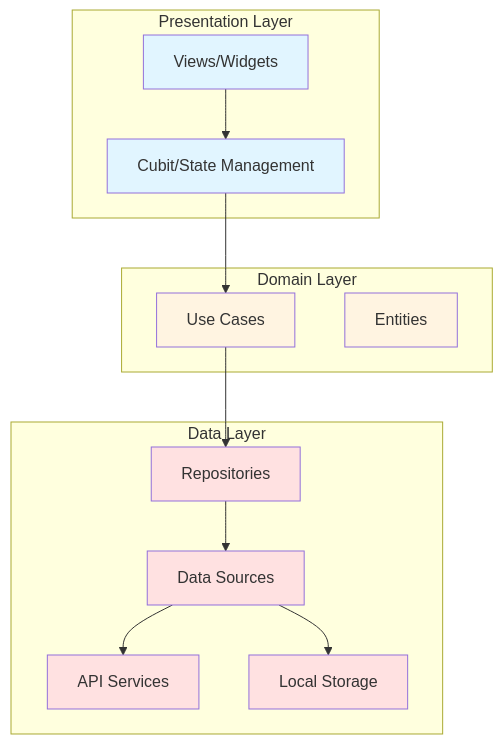
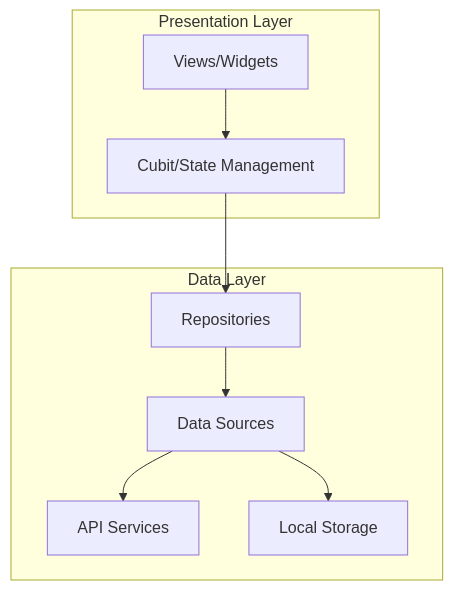
One commit to AliGad17611/cat_app changed the first of 7 diagrams in README.md. Above: the diagram before and after it, drawn with Mermaid. The commit also changed other lines of this file, not shown here.

Commit message:
docs: restructure data flow diagrams in README for clarity and consistency

````diff
--- a/README.md
+++ b/README.md
@@ -28,29 +28,14 @@
 ```mermaid
 graph TB
     subgraph "Presentation Layer"
         A[Views/Widgets] --> B[Cubit/State Management]
     end
     
-    subgraph "Domain Layer"
-        C[Use Cases]
-        D[Entities]
-    end
-    
     subgraph "Data Layer"
-        E[Repositories] --> F[Data Sources]
-        F --> G[API Services]
-        F --> H[Local Storage]
+        C[Repositories] --> D[Data Sources]
+        D --> E[API Services]
+        D --> F[Local Storage]
     end
     
     B --> C
-    C --> E
-    
-    style A fill:#e1f5ff
-    style B fill:#e1f5ff
-    style C fill:#fff4e1
-    style D fill:#fff4e1
-    style E fill:#ffe1e1
-    style F fill:#ffe1e1
-    style G fill:#ffe1e1
-    style H fill:#ffe1e1
 ```
````
